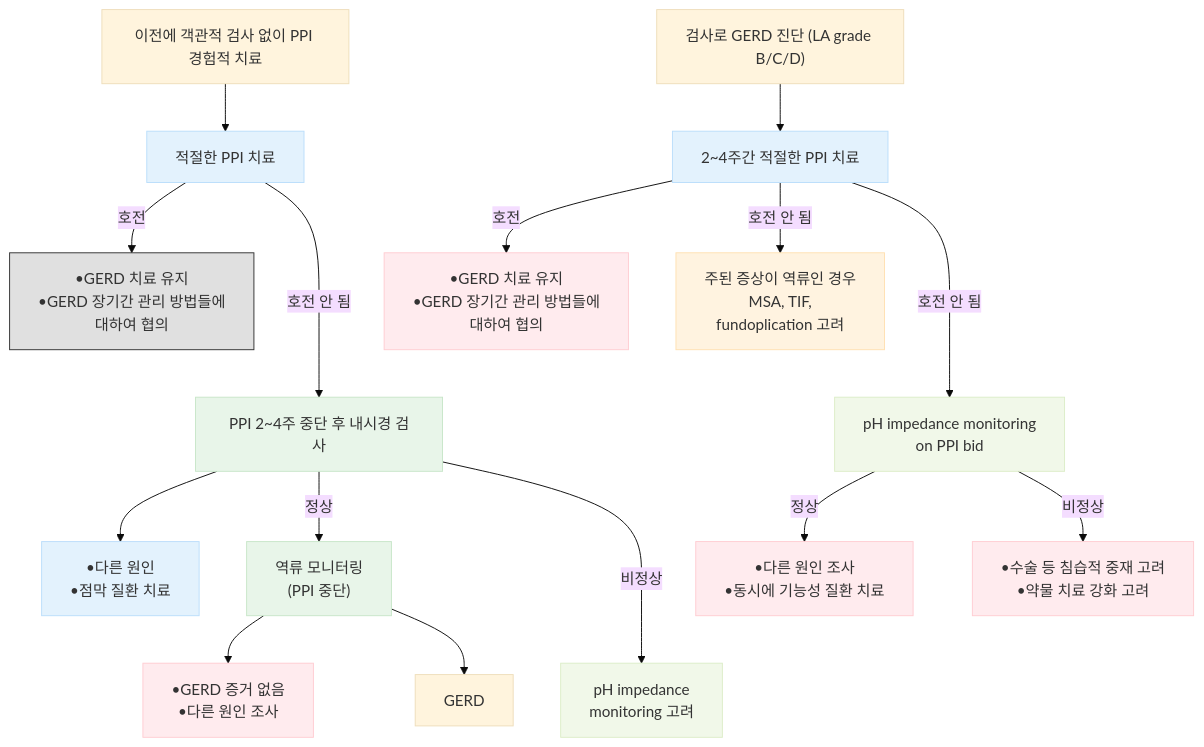
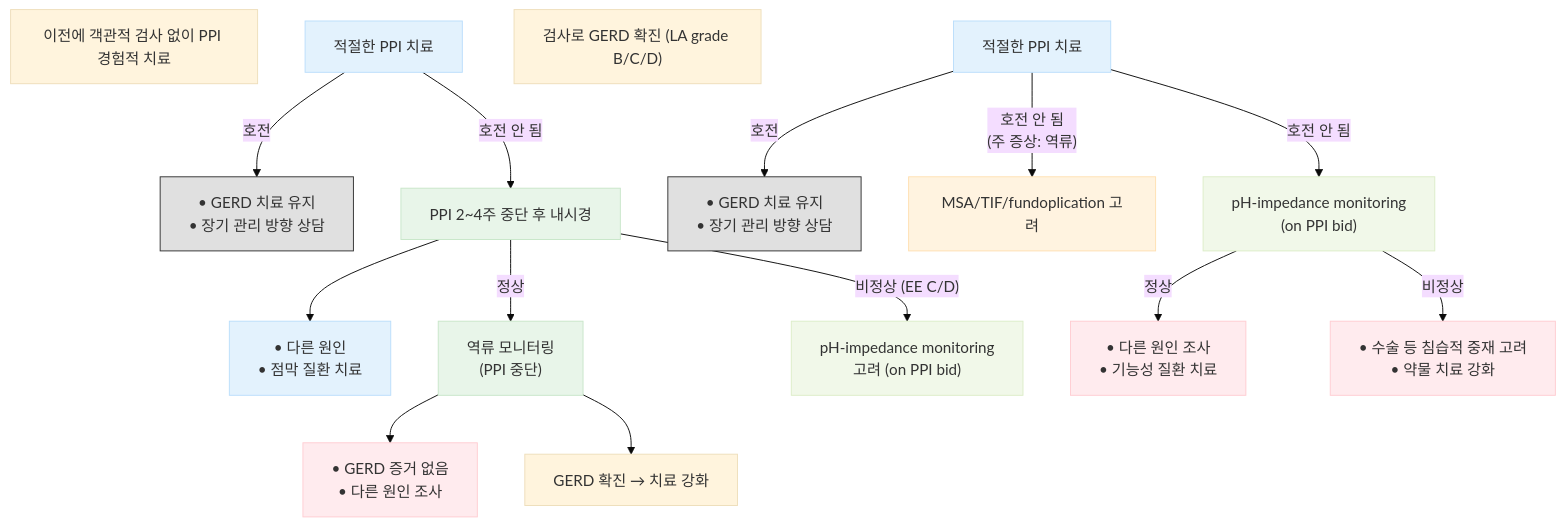
One commit to familyoh77/familyoh77 changed the fourth of 4 diagrams in 224_/081_-gerd.md. Above: the diagram before and after it, drawn with Mermaid (base theme). The commit also changed other lines of this file, not shown here.

````diff
--- a/224_/081_-gerd.md
+++ b/224_/081_-gerd.md
@@ -318,42 +299,39 @@
 ```mermaid
 graph TD
-    %% 첫 번째 섹션: 경험적 치료 후 관리
-    Start1["이전에 객관적 검사 없이 PPI 경험적 치료"] --> PPI1["적절한 PPI 치료"]
-    
-    PPI1 -- "호전" --> Success1["•GERD 치료 유지<br/>•GERD 장기간 관리 방법들에<br/>대하여 협의"]
-    
-    PPI1 -- "호전 안 됨" ---> Scope1["PPI 2~4주 중단 후 내시경 검사"]
-    
-    Scope1 --> Other1["•다른 원인<br/>•점막 질환 치료"]
+    Start1["이전에 객관적 검사 없이 PPI 경험적 치료"]
+    PPI1["적절한 PPI 치료"]
+
+    PPI1 -- "호전" --> Success1["• GERD 치료 유지<br/>• 장기 관리 방향 상담"]
+    PPI1 -- "호전 안 됨" --> Scope1["PPI 2~4주 중단 후 내시경"]
+
+    Scope1 --> Other1["• 다른 원인<br/>• 점막 질환 치료"]
     Scope1 -- "정상" --> Monitor1["역류 모니터링<br/>(PPI 중단)"]
-    Scope1 -- "비정상" ---> Impedance1["pH impedance<br/>monitoring 고려"]
-    
-    Monitor1 --> NoEvidence["•GERD 증거 없음<br/>•다른 원인 조사"]
-    Monitor1 --> GERD1["GERD"]
+    Scope1 -- "비정상 (EE C/D)" --> Impedance1["pH-impedance monitoring<br/>고려 (on PPI bid)"]
 
-    %% 두 번째 섹션: 확진 후 치료
-    Start2["검사로 GERD 진단 (LA grade B/C/D)"] --> PPI2["2~4주간 적절한 PPI 치료"]
-    
-    PPI2 -- "호전" --> Success2["•GERD 치료 유지<br/>•GERD 장기간 관리 방법들에<br/>대하여 협의"]
-    
-    PPI2 -- "호전 안 됨" --> Fail2["주된 증상이 역류인 경우<br/>MSA, TIF,<br/>fundoplication 고려"]
-    PPI2 -- "호전 안 됨" ---> Impedance2["pH impedance monitoring<br/>on PPI bid"]
-    
-    Impedance2 -- "정상" --> Other2["•다른 원인 조사<br/>•동시에 기능성 질환 치료"]
-    Impedance2 -- "비정상" --> Surgery["•수술 등 침습적 중재 고려<br/>•약물 치료 강화 고려"]
+    Monitor1 --> NoEvidence["• GERD 증거 없음<br/>• 다른 원인 조사"]
+    Monitor1 --> GERD1["GERD 확진 → 치료 강화"]
 
-    %% 스타일 설정
+    Start2["검사로 GERD 확진 (LA grade B/C/D)"]
+    PPI2["적절한 PPI 치료"]
+
+    PPI2 -- "호전" --> Success2["• GERD 치료 유지<br/>• 장기 관리 방향 상담"]
+    PPI2 -- "호전 안 됨<br/>(주 증상: 역류)" --> Fail2["MSA/TIF/fundoplication 고려"]
+    PPI2 -- "호전 안 됨" --> Impedance2["pH-impedance monitoring<br/>(on PPI bid)"]
+
+    Impedance2 -- "정상" --> Other2["• 다른 원인 조사<br/>• 기능성 질환 치료"]
+    Impedance2 -- "비정상" --> Surgery["• 수술 등 침습적 중재 고려<br/>• 약물 치료 강화"]
+
     style Success1 fill:#e0e0e0,stroke:#333
     style Scope1 fill:#e8f5e9,stroke:#c8e6c9
     style Monitor1 fill:#e8f5e9,stroke:#c8e6c9
     style Impedance1 fill:#f1f8e9,stroke:#dcedc8
     style NoEvidence fill:#ffebee,stroke:#ffcdd2
-    style Success2 fill:#ffebee,stroke:#ffcdd2
+    style Success2 fill:#e0e0e0,stroke:#333
     style Fail2 fill:#fff3e0,stroke:#ffe0b2
     style Impedance2 fill:#f1f8e9,stroke:#dcedc8
     style Other2 fill:#ffebee,stroke:#ffcdd2
     style Surgery fill:#ffebee,stroke:#ffcdd2
     style PPI1 fill:#e3f2fd,stroke:#bbdefb
     style PPI2 fill:#e3f2fd,stroke:#bbdefb
     style Other1 fill:#e3f2fd,stroke:#bbdefb
 ```
````
